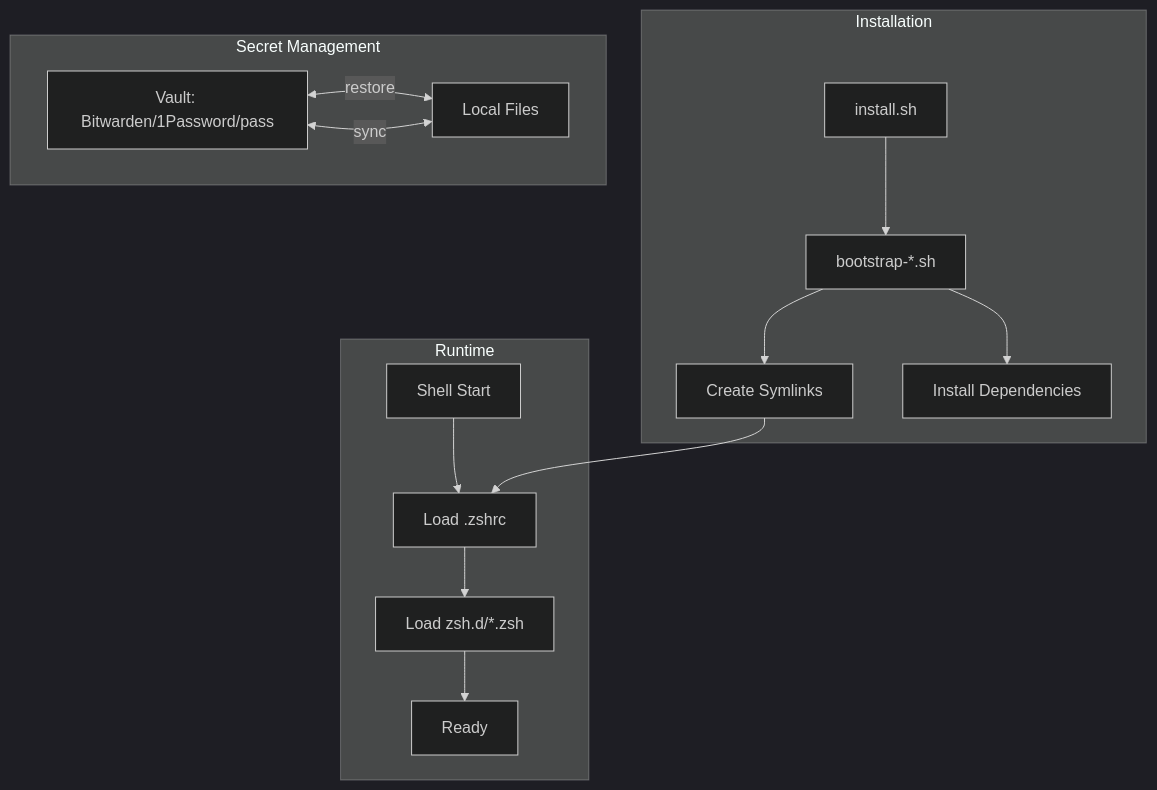
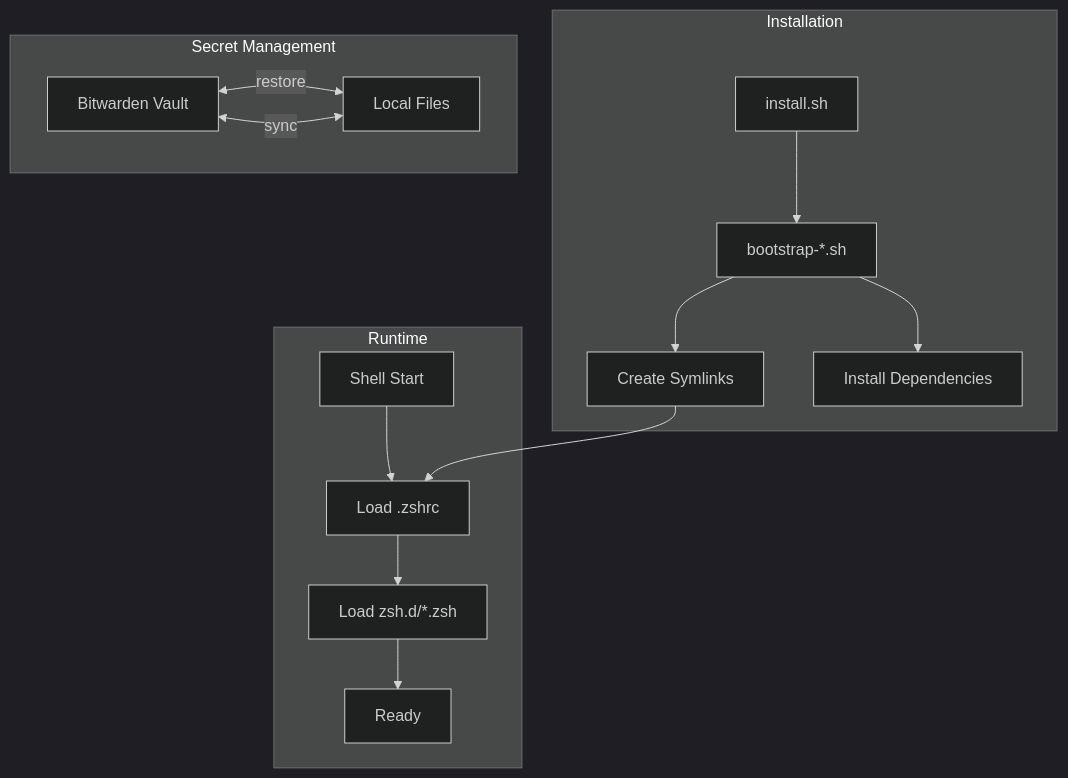
Before and after one commit to blackwell-systems/blackdot: the third of 8 diagrams in docs/architecture.md, drawn with Mermaid (dark theme). The commit also changed other lines of this file and 17 other files, not shown here.

````diff
--- a/docs/architecture.md
+++ b/docs/architecture.md
@@ -64,21 +64,21 @@
 ```mermaid
 flowchart TD
     subgraph "Installation"
         A[install.sh] --> B[bootstrap-*.sh]
         B --> C[Create Symlinks]
         B --> D[Install Dependencies]
     end
 
     subgraph "Secret Management"
-        E[Vault: Bitwarden/1Password/pass] <-->|restore| F[Local Files]
+        E[Bitwarden Vault] <-->|restore| F[Local Files]
         F <-->|sync| E
     end
 
     subgraph "Runtime"
         G[Shell Start] --> H[Load .zshrc]
         H --> I[Load zsh.d/*.zsh]
         I --> J[Ready]
     end
 
     C --> H
 ```
````
